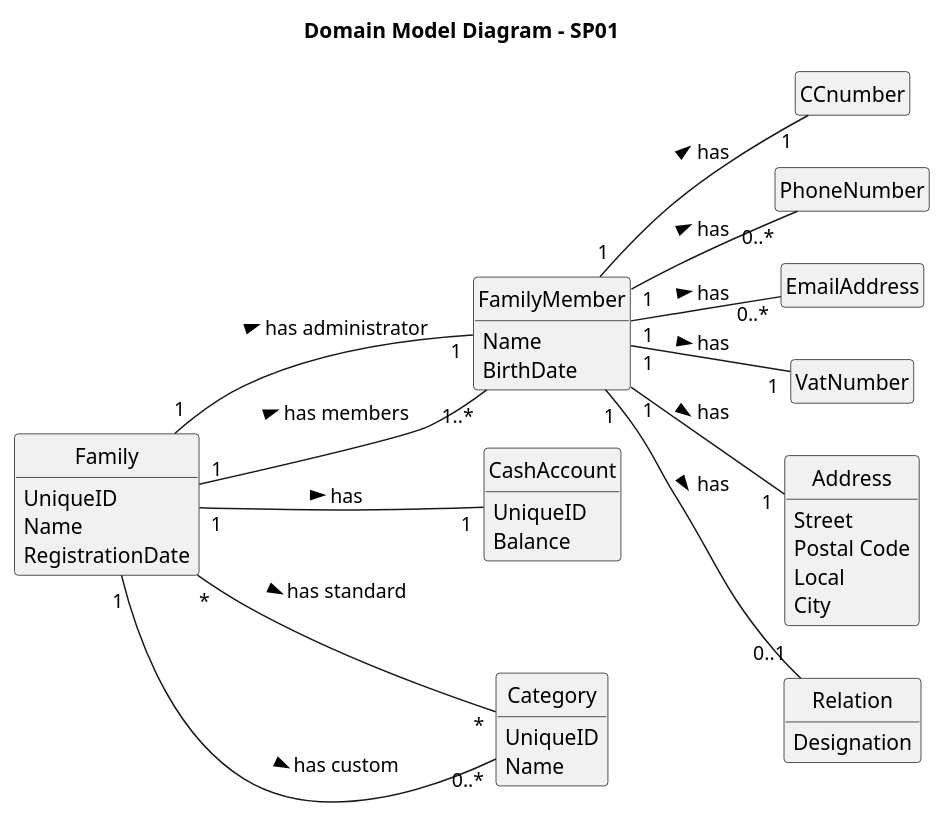
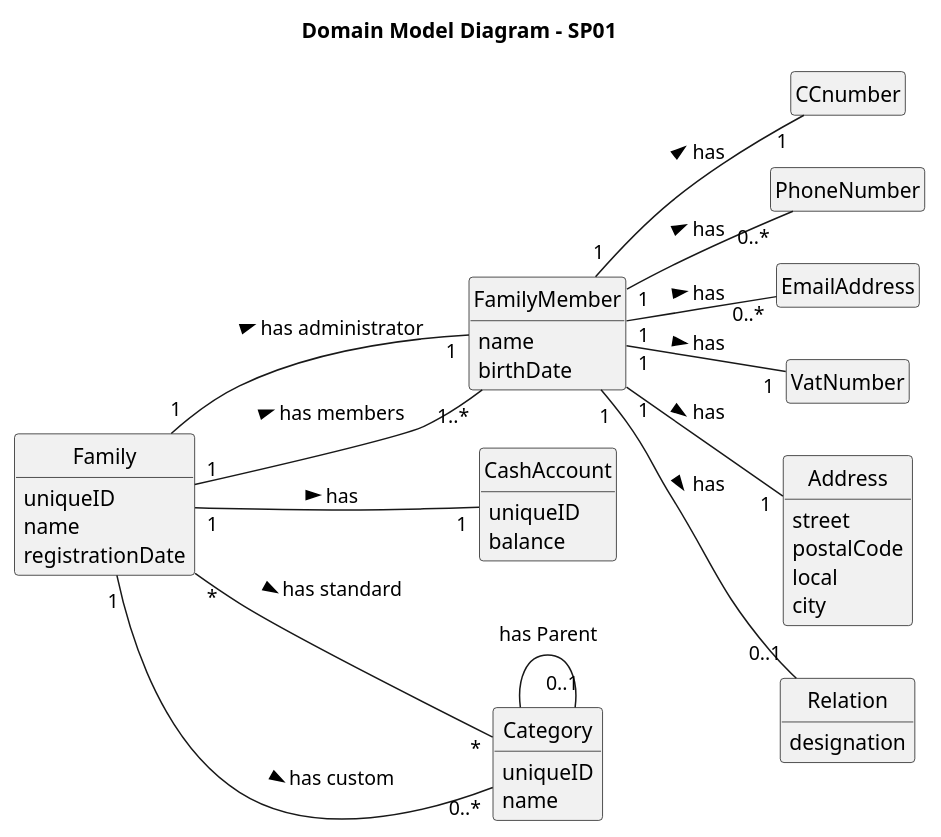
Before and after one commit to tomas-osswald/switch_2020_g3: the diagram in docs/sprint1/diagrams/DomainModelDiagram.puml, drawn with PlantUML. The commit also changed 6 other files, not shown here.

```diff
--- a/docs/sprint1/diagrams/DomainModelDiagram.puml
+++ b/docs/sprint1/diagrams/DomainModelDiagram.puml
@@ -1,64 +1,65 @@
 @startuml
 
 hide empty members
 hide circles
 left to right direction
 title Domain Model Diagram - SP01
 
 class Family {
-UniqueID
-Name
-RegistrationDate
+uniqueID
+name
+registrationDate
 }
 
 class FamilyMember {
-Name
-BirthDate
+name
+birthDate
 }
 
 class CCnumber {
 }
 
 class PhoneNumber {
 }
 
 class EmailAddress {
 }
 
 class VatNumber {
 }
 
 class Address {
-Street
-Postal Code
-Local
-City
+street
+postalCode
+local
+city
 }
 
 class CashAccount {
-UniqueID
-Balance
+uniqueID
+balance
 }
 
 class Relation {
-Designation
+designation
 }
 
 class Category {
-UniqueID
-Name
+uniqueID
+name
 }
 
 Family "*" -- "*" Category : \n\nhas standard >
 Family "1" -- "0..*" Category : \n\nhas custom >
 Family "1" -- "1" CashAccount : has >
 Family "1" -- "1" FamilyMember : has administrator >
 Family "1" -- "1..*" FamilyMember : has members >
 FamilyMember "1" -- "0..1" Relation : has >
 FamilyMember "1" -- "1" CCnumber : has >
 FamilyMember "1" -- "0..*" PhoneNumber : has >
 FamilyMember "1" -- "0..*" EmailAddress : has >
 FamilyMember "1" -- "1" VatNumber : has >
 FamilyMember "1" -- "1" Address : has >
+Category -- "0..1" Category : has Parent
 
 @enduml
```
